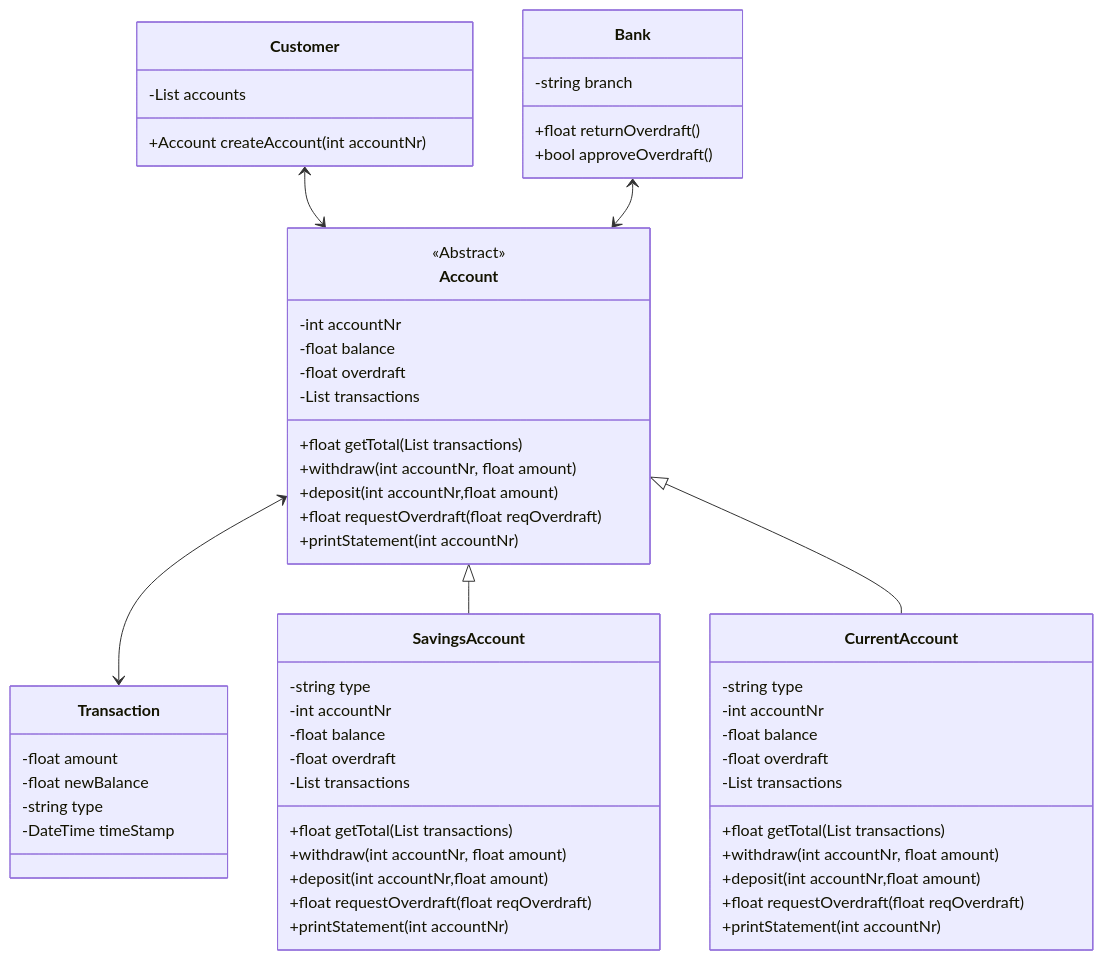
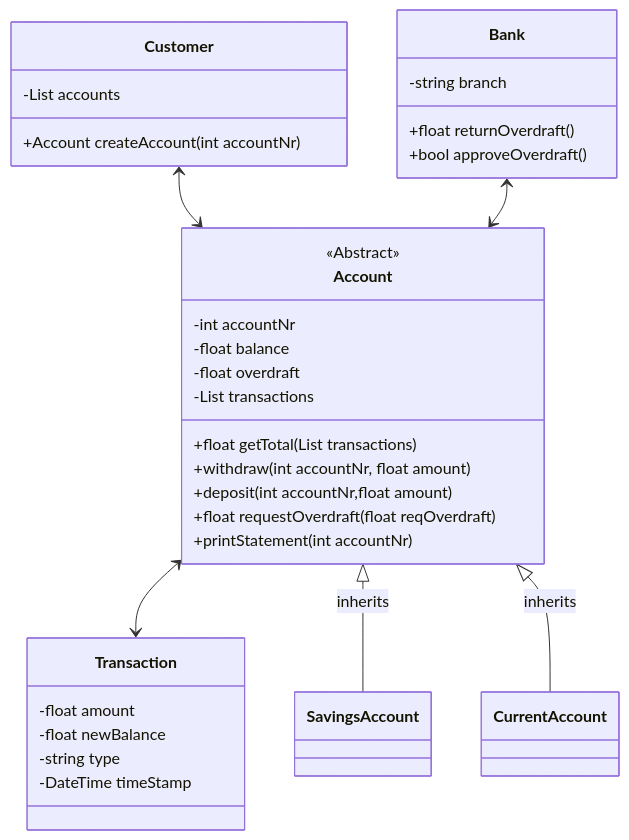
One commit to boolean-uk/csharp-tdd-oop-bank-challenge changed the diagram in classDiagram.mmd. Above: the diagram before and after it, drawn with Mermaid.

Commit message:
Seeing as current/savings -account don't override Account, I removed it's methods and variables in class diagram

```diff
--- a/classDiagram.mmd
+++ b/classDiagram.mmd
@@ -1,58 +1,41 @@
 classDiagram
 
     Customer <--> Account
     Account <--> Transaction
     Bank <--> Account
-    Account <|-- SavingsAccount
-    Account <|-- CurrentAccount
+    Account <|-- SavingsAccount :inherits
+    Account <|-- CurrentAccount : inherits
+
     class Customer {
         -List<Account> accounts
         +Account createAccount(int accountNr)
     }
     class Bank{
         -string branch
         +float returnOverdraft()
         +bool approveOverdraft()
     }
     class Account{
         <<Abstract>>
         -int accountNr
         -float balance
         -float overdraft
         -List<Transaction> transactions
         +float getTotal(List<Transaction> transactions)
         +withdraw(int accountNr, float amount)
         +deposit(int accountNr,float amount)
         +float requestOverdraft(float reqOverdraft)
         +printStatement(int accountNr)
     }
     class CurrentAccount{
-        -string type
-        -int accountNr
-        -float balance
-        -float overdraft
-        -List<Transaction> transactions
-        +float getTotal(List<Transaction> transactions)
-        +withdraw(int accountNr, float amount)
-        +deposit(int accountNr,float amount)
-        +float requestOverdraft(float reqOverdraft)
-        +printStatement(int accountNr)
+        
     }
     class SavingsAccount{
-        -string type
-        -int accountNr
-        -float balance
-        -float overdraft
-        -List<Transaction> transactions
-        +float getTotal(List<Transaction> transactions)
-        +withdraw(int accountNr, float amount)
-        +deposit(int accountNr,float amount)
-        +float requestOverdraft(float reqOverdraft)
-        +printStatement(int accountNr)
+        
     }
     class Transaction{
         -float amount
         -float newBalance
         -string type
         -DateTime timeStamp
     }
```
